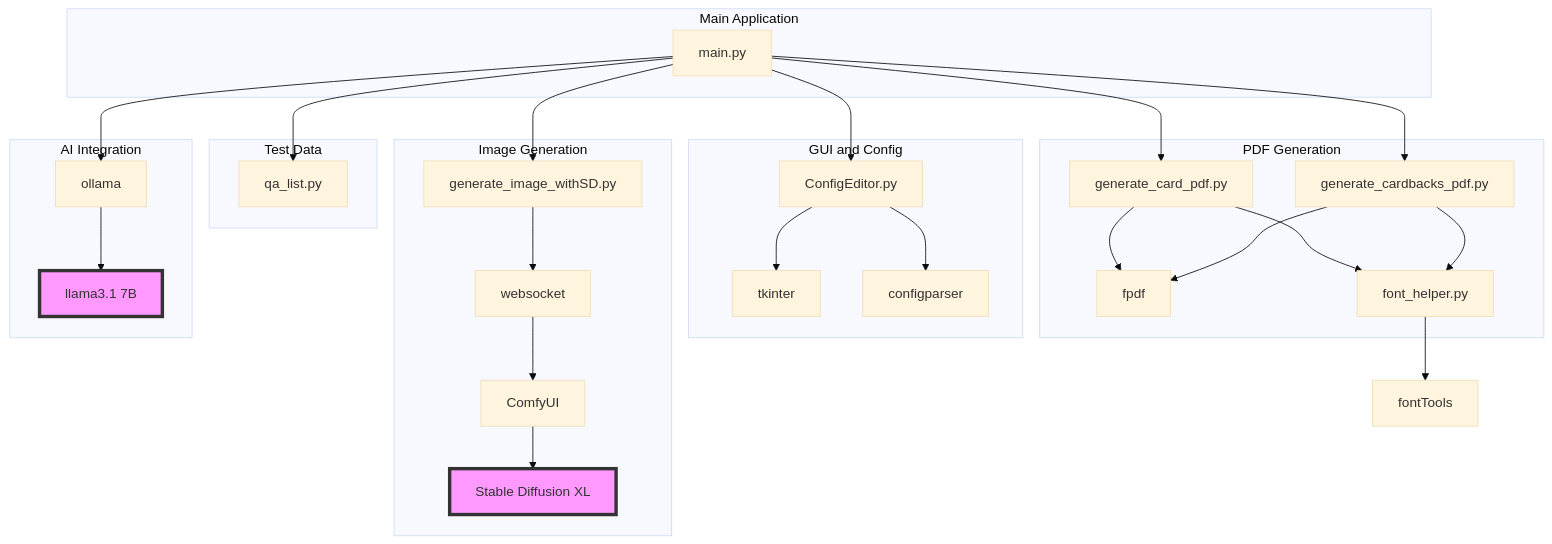
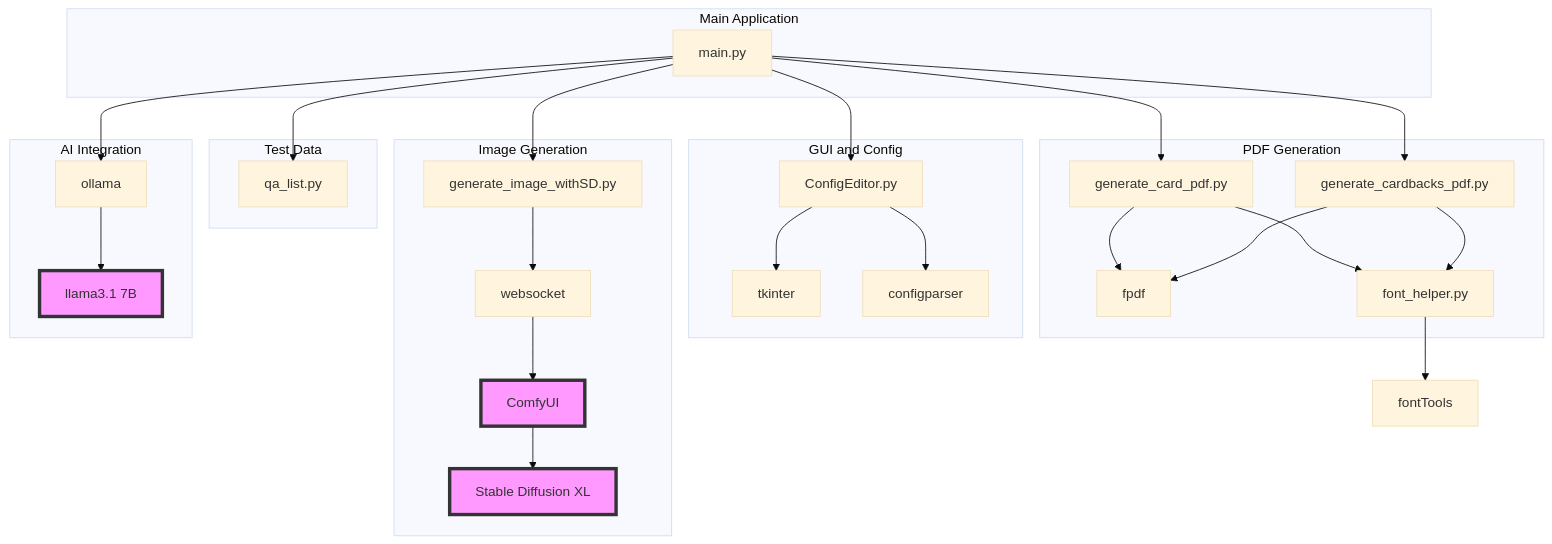
Before and after one commit to chrisaharden/ollamagamecards: the diagram in docs/code-module-diagram.mermaid, drawn with Mermaid (base theme).

Commit message:
Update code-module-diagram.mermaid to have comfyUI properly shown as an external system

```diff
--- a/docs/code-module-diagram.mermaid
+++ b/docs/code-module-diagram.mermaid
@@ -1,62 +1,62 @@
 graph TD
     A[main.py] --> B[ConfigEditor.py]
     A --> C[generate_card_pdf.py]
     A --> D[generate_cardbacks_pdf.py]
     A --> E[generate_image_withSD.py]
     A --> F[qa_list.py]
     
     B --> G[tkinter]
     B --> H[configparser]
     
     C --> I[fpdf]
     C --> J[font_helper.py]
     
     D --> I
     D --> J
     
     E --> K[websocket]
     
     J --> L[fontTools]
     
     A --> M[ollama]
     
     K --> N[ComfyUI]
     N --> O[Stable Diffusion XL]
     
     M --> P[llama3.1 7B]
     
     subgraph "Main Application"
         A
     end
     
     subgraph "GUI and Config"
         B
         G
         H
     end
     
     subgraph "PDF Generation"
         C
         D
         I
         J
     end
     
     subgraph "Image Generation"
         E
         K
         N
         O
     end
     
     subgraph "Test Data"
         F
     end
     
     subgraph "AI Integration"
         M
         P
     end
 
     classDef externalSystem fill:#f9f,stroke:#333,stroke-width:4px;
-    class O,P externalSystem;
+    class O,P,N externalSystem;
```
